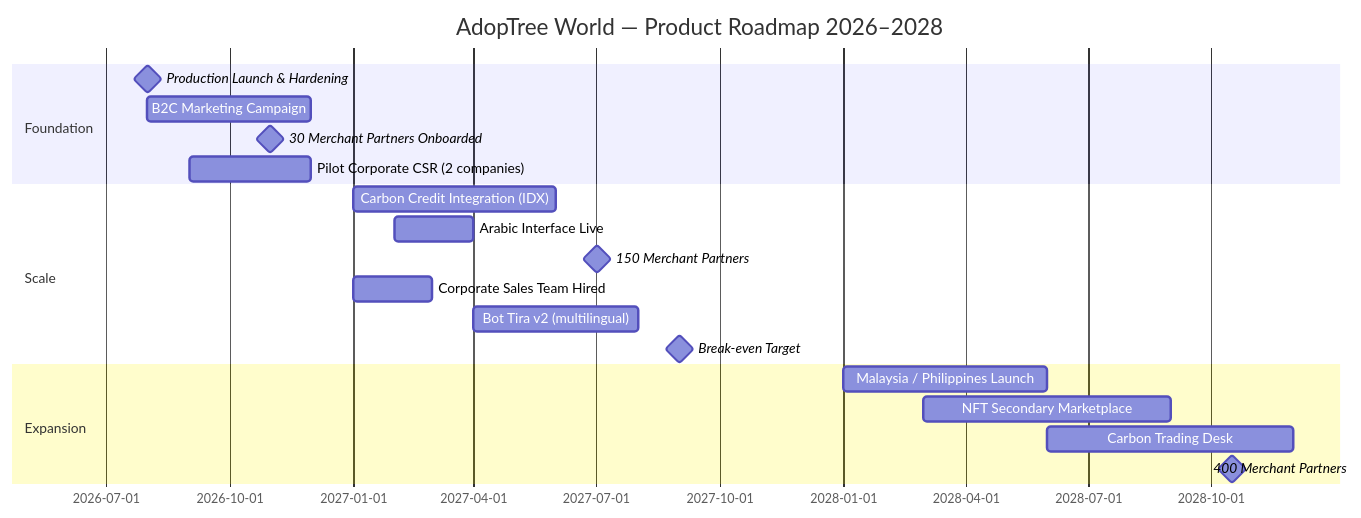
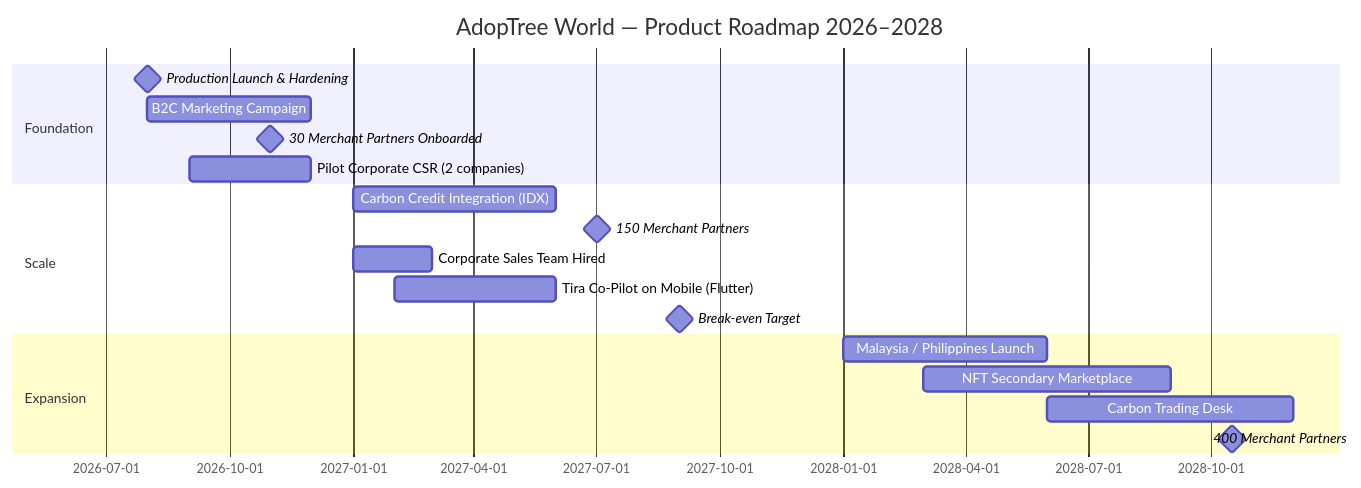
One commit to ajarka/public-documentation changed the ninth of 10 diagrams in AdopTreeWorld/prd/PRD-AdopTree-Investor.md. Above: the diagram before and after it, drawn with Mermaid. The commit also changed other lines of this file, not shown here.

First line of the commit message:
docs(prd): update Investor Edition to v2.5 — Tira AI Co-Pilot release

````diff
--- a/AdopTreeWorld/prd/PRD-AdopTree-Investor.md
+++ b/AdopTreeWorld/prd/PRD-AdopTree-Investor.md
@@ -1048,24 +1082,23 @@
 ```mermaid
 gantt
     title AdopTree World — Product Roadmap 2026–2028
     dateFormat  YYYY-MM
     section Foundation
     Production Launch & Hardening    :milestone, 2026-07, 2026-09
     B2C Marketing Campaign           :2026-08, 2026-12
     30 Merchant Partners Onboarded   :milestone, 2026-10, 2026-12
     Pilot Corporate CSR (2 companies):2026-09, 2026-12
 
     section Scale
     Carbon Credit Integration (IDX)  :2027-01, 2027-06
-    Arabic Interface Live             :2027-02, 2027-04
     150 Merchant Partners             :milestone, 2027-06, 2027-08
     Corporate Sales Team Hired        :2027-01, 2027-03
-    Bot Tira v2 (multilingual)        :2027-04, 2027-08
+    Tira Co-Pilot on Mobile (Flutter) :2027-02, 2027-06
     Break-even Target                 :milestone, 2027-09, 2027-09
 
     section Expansion
     Malaysia / Philippines Launch     :2028-01, 2028-06
     NFT Secondary Marketplace         :2028-03, 2028-09
     Carbon Trading Desk               :2028-06, 2028-12
     400 Merchant Partners             :milestone, 2028-09, 2028-12
 ```
````
